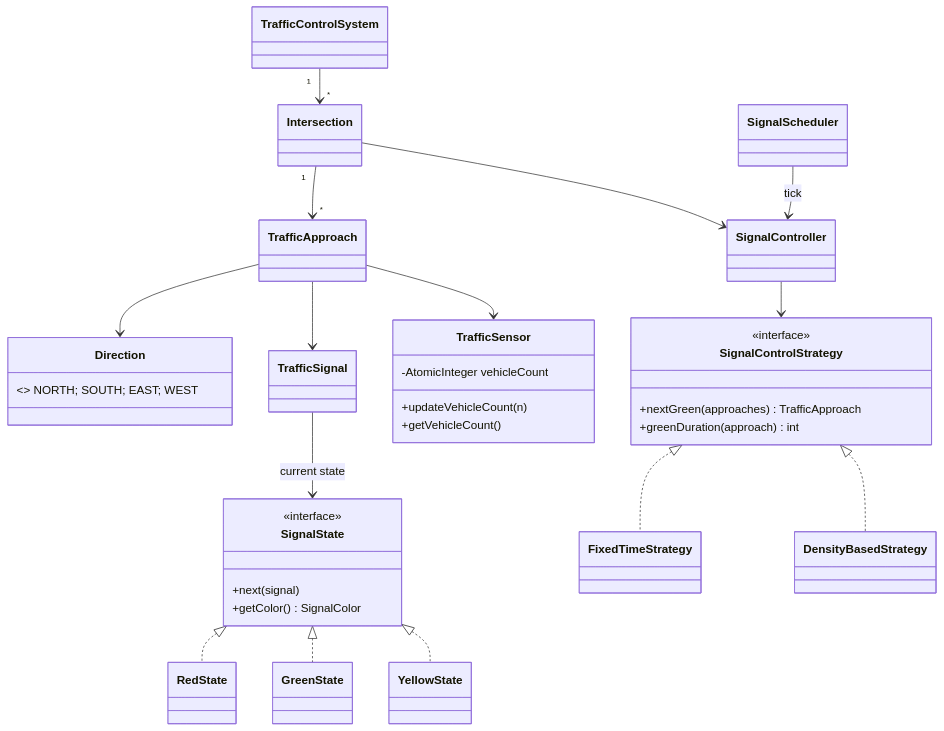
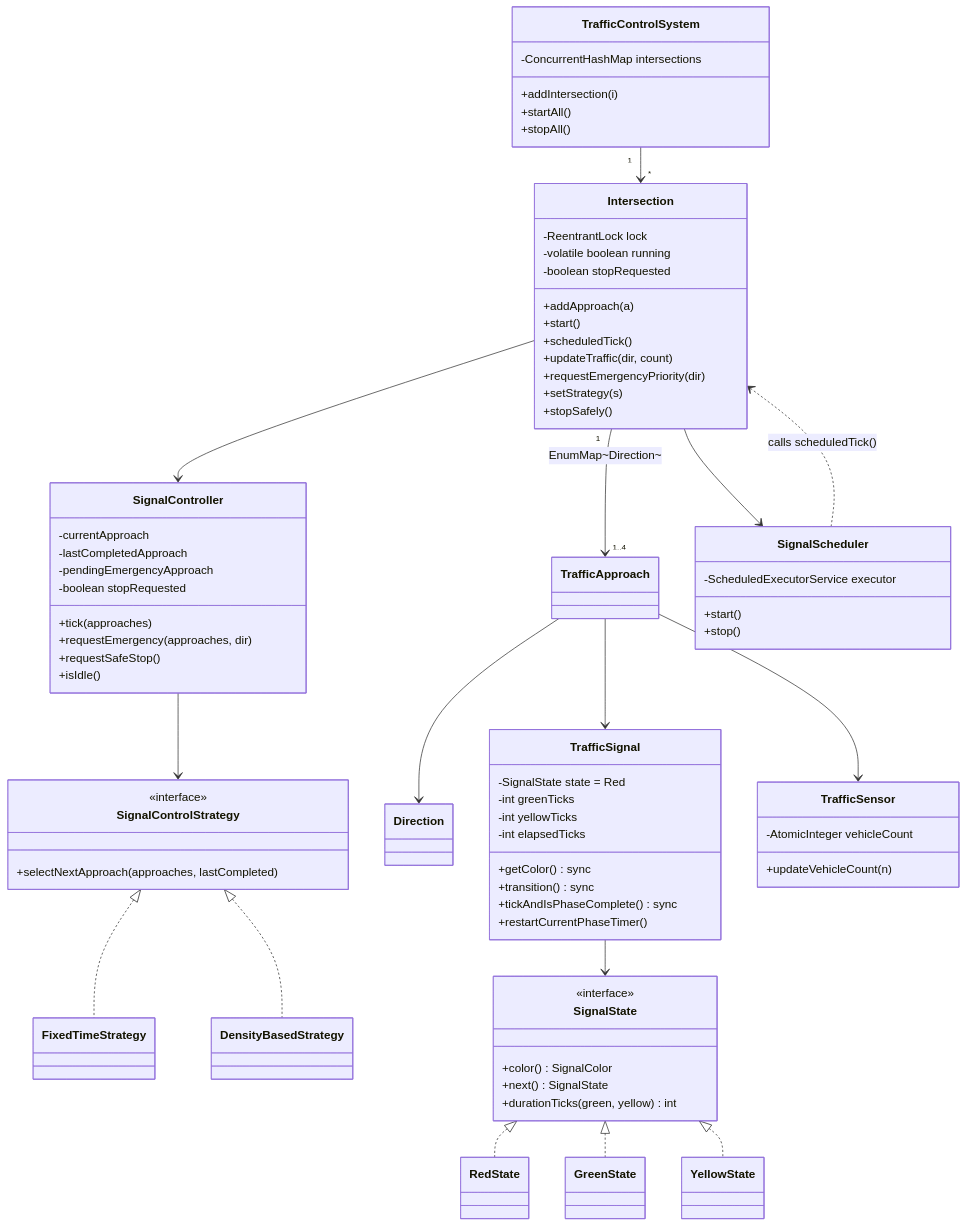
One commit to vk2201/LLD changed the second of 8 diagrams in TrafficControlSystem/FLOW.md. Above: the diagram before and after it, drawn with Mermaid. The commit also changed other lines of this file and 1 other file, not shown here.

First line of the commit message:
Regenerate TrafficControlSystem flow diagrams from implemented code

````diff
--- a/TrafficControlSystem/FLOW.md
+++ b/TrafficControlSystem/FLOW.md
@@ -9,34 +29,76 @@
 ```mermaid
 classDiagram
     TrafficControlSystem "1" --> "*" Intersection
-    Intersection "1" --> "*" TrafficApproach
+    Intersection "1" --> "1..4" TrafficApproach : EnumMap~Direction~
+    Intersection --> SignalController
+    Intersection --> SignalScheduler
+    SignalScheduler ..> Intersection : calls scheduledTick()
+    SignalController --> SignalControlStrategy
+    SignalControlStrategy <|.. FixedTimeStrategy
+    SignalControlStrategy <|.. DensityBasedStrategy
     TrafficApproach --> Direction
     TrafficApproach --> TrafficSignal
     TrafficApproach --> TrafficSensor
-    TrafficSignal --> SignalState : current state
+    TrafficSignal --> SignalState
     SignalState <|.. RedState
     SignalState <|.. GreenState
     SignalState <|.. YellowState
-    Intersection --> SignalController
-    SignalController --> SignalControlStrategy
-    SignalControlStrategy <|.. FixedTimeStrategy
-    SignalControlStrategy <|.. DensityBasedStrategy
-    SignalScheduler --> SignalController : tick
 
-    class Direction { <<enum>> NORTH; SOUTH; EAST; WEST }
+    class TrafficControlSystem {
+        -ConcurrentHashMap intersections
+        +addIntersection(i)
+        +startAll()
+        +stopAll()
+    }
+    class Intersection {
+        -ReentrantLock lock
+        -volatile boolean running
+        -boolean stopRequested
+        +addApproach(a)
+        +start()
+        +scheduledTick()
+        +updateTraffic(dir, count)
+        +requestEmergencyPriority(dir)
+        +setStrategy(s)
+        +stopSafely()
+    }
+    class SignalController {
+        -currentApproach
+        -lastCompletedApproach
+        -pendingEmergencyApproach
+        -boolean stopRequested
+        +tick(approaches)
+        +requestEmergency(approaches, dir)
+        +requestSafeStop()
+        +isIdle()
+    }
+    class SignalScheduler {
+        -ScheduledExecutorService executor
+        +start()
+        +stop()
+    }
+    class TrafficSignal {
+        -SignalState state = Red
+        -int greenTicks
+        -int yellowTicks
+        -int elapsedTicks
+        +getColor() sync
+        +transition() sync
+        +tickAndIsPhaseComplete() sync
+        +restartCurrentPhaseTimer()
+    }
+    class SignalState {
+        <<interface>>
+        +color() SignalColor
+        +next() SignalState
+        +durationTicks(green, yellow) int
+    }
+    class SignalControlStrategy {
+        <<interface>>
+        +selectNextApproach(approaches, lastCompleted)
+    }
     class TrafficSensor {
         -AtomicInteger vehicleCount
         +updateVehicleCount(n)
-        +getVehicleCount()
-    }
-    class SignalState {
-        <<interface>>
-        +next(signal)
-        +getColor() SignalColor
-    }
-    class SignalControlStrategy {
-        <<interface>>
-        +nextGreen(approaches) TrafficApproach
-        +greenDuration(approach) int
     }
 ```
````
